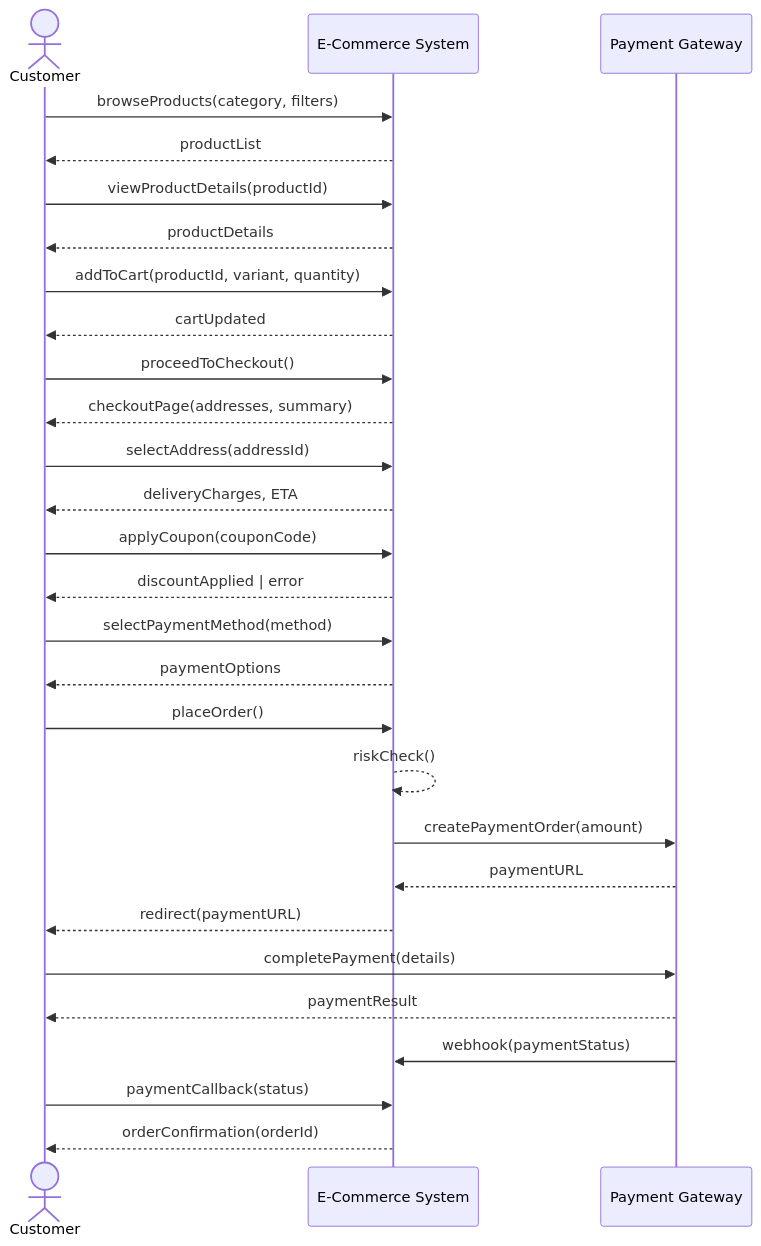
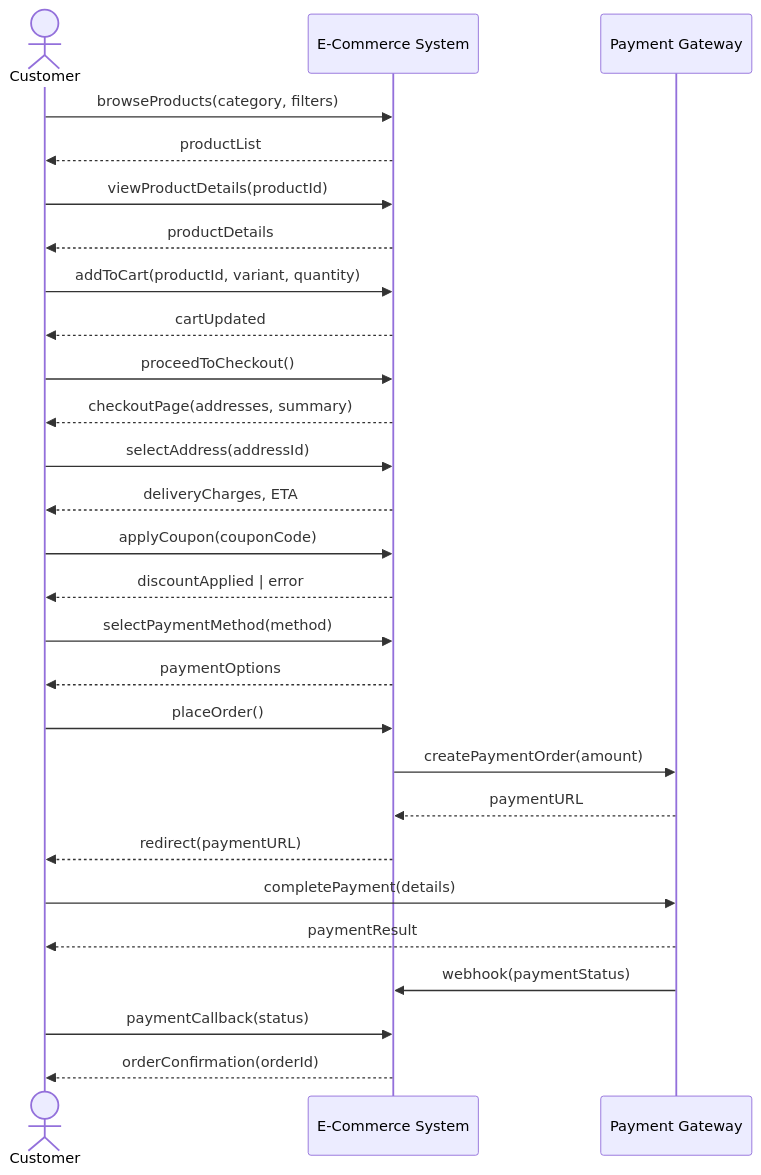
The first of 11 diagrams in E-Commerce/high-level-design/system-sequence-diagrams.md (0Ankit0/Project-Ideas), drawn with Mermaid before and after one commit. The commit also changed other lines of this file and 64 other files, not shown here.

````diff
--- a/E-Commerce/high-level-design/system-sequence-diagrams.md
+++ b/E-Commerce/high-level-design/system-sequence-diagrams.md
@@ -10,40 +10,39 @@
 ```mermaid
 sequenceDiagram
     actor Customer
     participant System as E-Commerce System
     participant PaymentGW as Payment Gateway
-    
+
     Customer->>System: browseProducts(category, filters)
     System-->>Customer: productList
-    
+
     Customer->>System: viewProductDetails(productId)
     System-->>Customer: productDetails
-    
+
     Customer->>System: addToCart(productId, variant, quantity)
     System-->>Customer: cartUpdated
-    
+
     Customer->>System: proceedToCheckout()
     System-->>Customer: checkoutPage(addresses, summary)
-    
+
     Customer->>System: selectAddress(addressId)
     System-->>Customer: deliveryCharges, ETA
-    
+
     Customer->>System: applyCoupon(couponCode)
     System-->>Customer: discountApplied | error
-    
+
     Customer->>System: selectPaymentMethod(method)
     System-->>Customer: paymentOptions
-    
+
     Customer->>System: placeOrder()
-    System-->>System: riskCheck()
     System->>PaymentGW: createPaymentOrder(amount)
     PaymentGW-->>System: paymentURL
     System-->>Customer: redirect(paymentURL)
-    
+
     Customer->>PaymentGW: completePayment(details)
     PaymentGW-->>Customer: paymentResult
     PaymentGW->>System: webhook(paymentStatus)
-    
+
     Customer->>System: paymentCallback(status)
     System-->>Customer: orderConfirmation(orderId)
 ```
````
